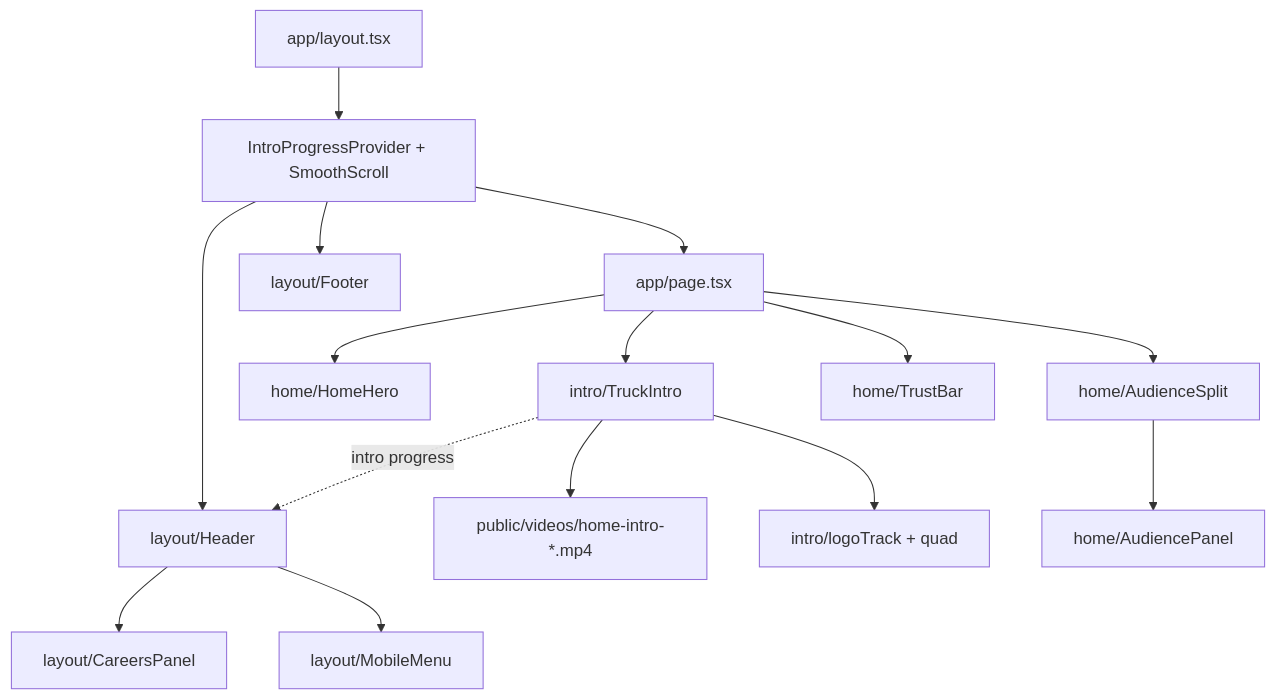
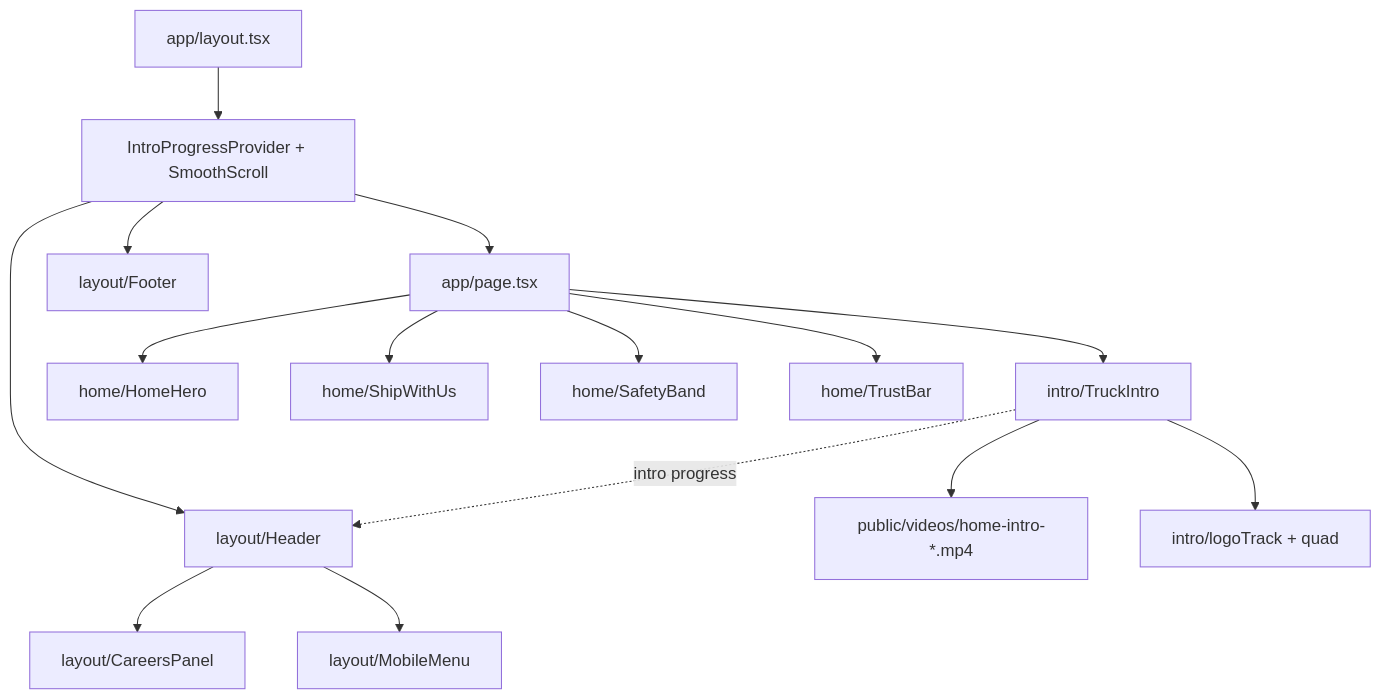
Before and after one commit to stadlerv3311/laughing-dollop: the diagram in docs/NAVIGATION.md, drawn with Mermaid. The commit also changed other lines of this file and 16 other files, not shown here.

First line of the commit message:
Add Ship with us and safety bands; move the numbers between them

````diff
--- a/docs/NAVIGATION.md
+++ b/docs/NAVIGATION.md
@@ -51,17 +54,17 @@
 ```mermaid
 flowchart TD
   Layout["app/layout.tsx"] --> Providers["IntroProgressProvider + SmoothScroll"]
   Providers --> Header["layout/Header"]
   Providers --> Page["app/page.tsx"]
   Providers --> Footer["layout/Footer"]
   Header --> CareersPanel["layout/CareersPanel"]
   Header --> MobileMenu["layout/MobileMenu"]
   Page --> TruckIntro["intro/TruckIntro"]
   Page --> HomeHero["home/HomeHero"]
-  Page --> AudienceSplit["home/AudienceSplit"]
+  Page --> ShipWithUs["home/ShipWithUs"]
+  Page --> SafetyBand["home/SafetyBand"]
   Page --> TrustBar["home/TrustBar"]
   TruckIntro --> Video["public/videos/home-intro-*.mp4"]
   TruckIntro --> LogoTrack["intro/logoTrack + quad"]
-  AudienceSplit --> AudiencePanel["home/AudiencePanel"]
   TruckIntro -. "intro progress" .-> Header
 ```
````
